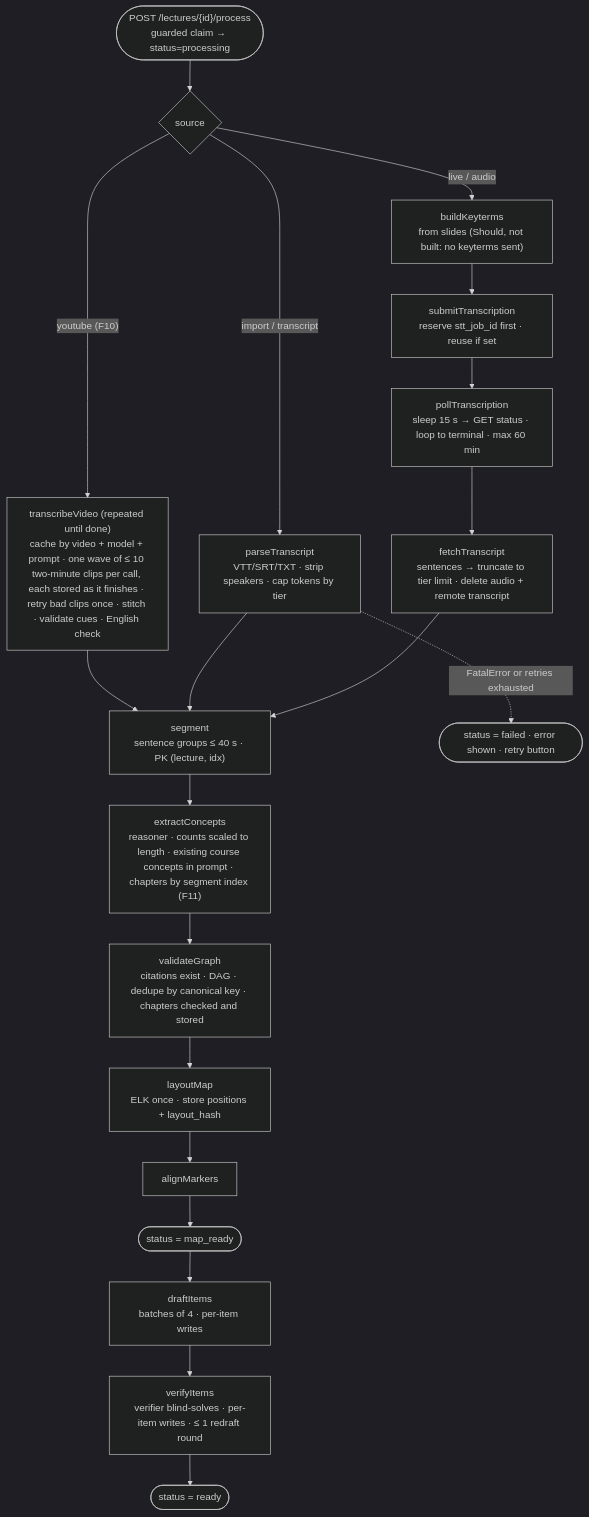
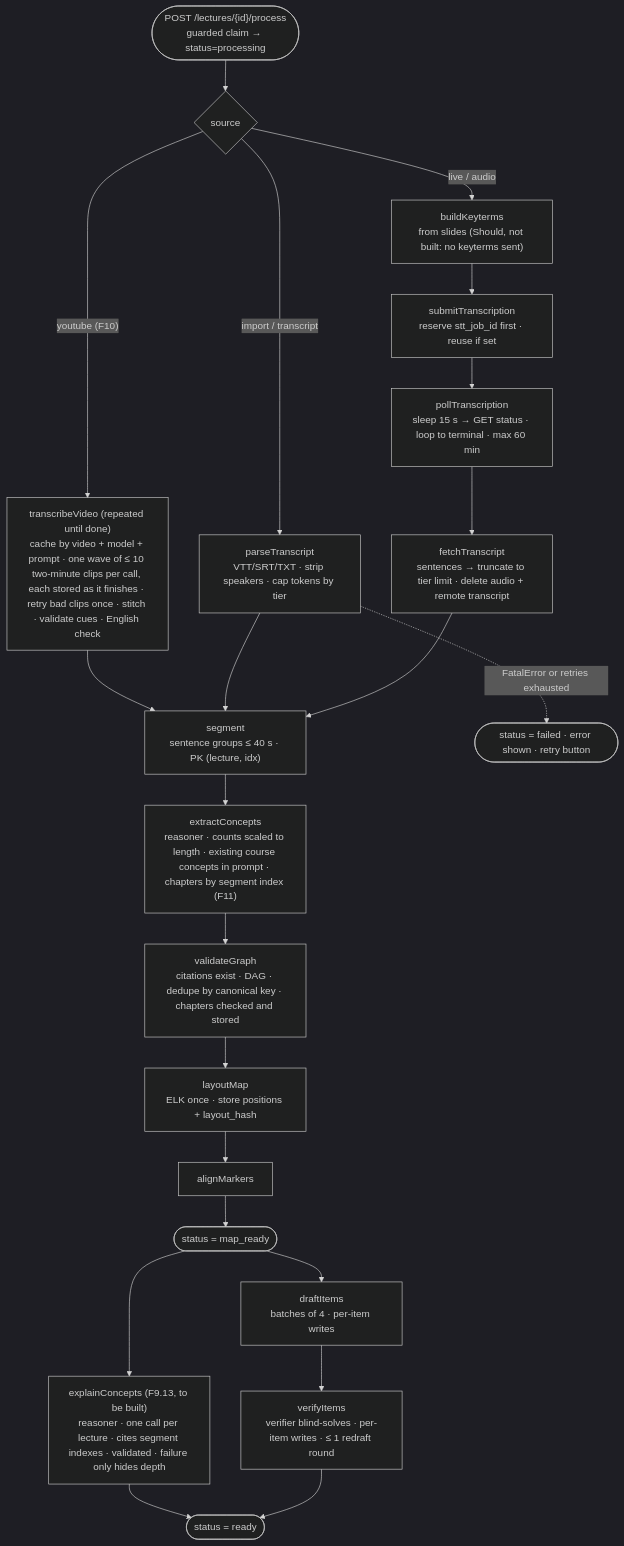
Before and after one commit to adamchok/Lectheo: the fourth of 6 diagrams in docs/Lectheo Architecture.md, drawn with Mermaid (dark theme). The commit also changed 6 other files, not shown here.

Commit message:
docs: spec Study redesign (by chapter, outline, Explain in depth) and course page layout

````diff
--- a/docs/Lectheo Architecture.md
+++ b/docs/Lectheo Architecture.md
@@ -201,22 +201,24 @@
 ```mermaid
 flowchart TD
     start(["POST /lectures/{id}/process<br/>guarded claim → status=processing"]) --> src{"source"}
     src -- "youtube (F10)" --> tv["transcribeVideo (repeated until done)<br/>cache by video + model + prompt · one wave of ≤ 10 two-minute clips per call, each stored as it finishes · retry bad clips once · stitch · validate cues · English check"]
     tv --> seg
     src -- "import / transcript" --> pt["parseTranscript<br/>VTT/SRT/TXT · strip speakers · cap tokens by tier"]
     src -- "live / audio" --> kt["buildKeyterms<br/>from slides (Should, not built: no keyterms sent)"]
     kt --> sub["submitTranscription<br/>reserve stt_job_id first · reuse if set"]
     sub --> poll["pollTranscription<br/>sleep 15 s → GET status · loop to terminal · max 60 min"]
     poll --> fetch["fetchTranscript<br/>sentences → truncate to tier limit · delete audio + remote transcript"]
     pt --> seg["segment<br/>sentence groups ≤ 40 s · PK (lecture, idx)"]
     fetch --> seg
     seg --> ex["extractConcepts<br/>reasoner · counts scaled to length · existing course concepts in prompt · chapters by segment index (F11)"]
     ex --> vg["validateGraph<br/>citations exist · DAG · dedupe by canonical key · chapters checked and stored"]
     vg --> lay["layoutMap<br/>ELK once · store positions + layout_hash"]
     lay --> al["alignMarkers"]
     al --> mr(["status = map_ready"])
     mr --> dr["draftItems<br/>batches of 4 · per-item writes"]
     dr --> vf["verifyItems<br/>verifier blind-solves · per-item writes · ≤ 1 redraft round"]
+    mr --> xc["explainConcepts (F9.13, to be built)<br/>reasoner · one call per lecture · cites segment indexes · validated · failure only hides depth"]
+    xc --> done
     vf --> done(["status = ready"])
     pt -. "FatalError or retries exhausted" .-> fail(["status = failed · error shown · retry button"])
 ```
````
